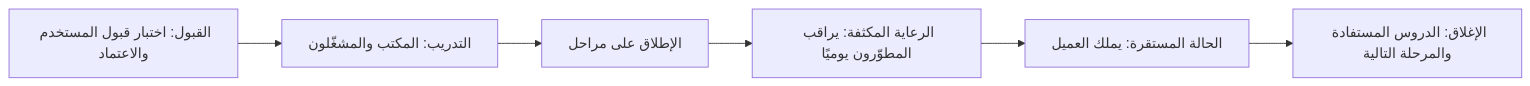
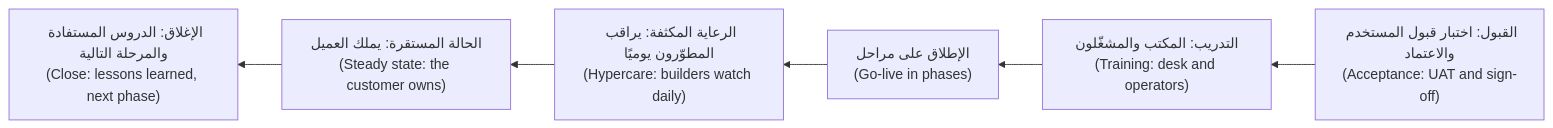
Before and after one commit to Tamoura/system-design-for-vibe-coders: the second of 2 diagrams in aiapps/modules/15-operating.ar.md, drawn with Mermaid. The commit also changed other lines of this file and 17 other files, not shown here.

First line of the commit message:
AI applications & agents: Arabic edition complete (RTL diagrams, diagram glosses, translated 60-question exam)

````diff
--- a/aiapps/modules/15-operating.ar.md
+++ b/aiapps/modules/15-operating.ar.md
@@ -414,8 +414,8 @@
 ```mermaid
-flowchart LR
-    A["القبول: اختبار قبول المستخدم والاعتماد"] --> B["التدريب: المكتب والمشغّلون"]
-    B --> C["الإطلاق على مراحل"]
-    C --> D["الرعاية المكثفة: يراقب المطوّرون يوميًا"]
-    D --> E["الحالة المستقرة: يملك العميل"]
-    E --> F["الإغلاق: الدروس المستفادة والمرحلة التالية"]
+flowchart RL
+    A["القبول: اختبار قبول المستخدم والاعتماد<br/>(Acceptance: UAT and sign-off)"] --> B["التدريب: المكتب والمشغّلون<br/>(Training: desk and operators)"]
+    B --> C["الإطلاق على مراحل<br/>(Go-live in phases)"]
+    C --> D["الرعاية المكثفة: يراقب المطوّرون يوميًا<br/>(Hypercare: builders watch daily)"]
+    D --> E["الحالة المستقرة: يملك العميل<br/>(Steady state: the customer owns)"]
+    E --> F["الإغلاق: الدروس المستفادة والمرحلة التالية<br/>(Close: lessons learned, next phase)"]
 ```
````
